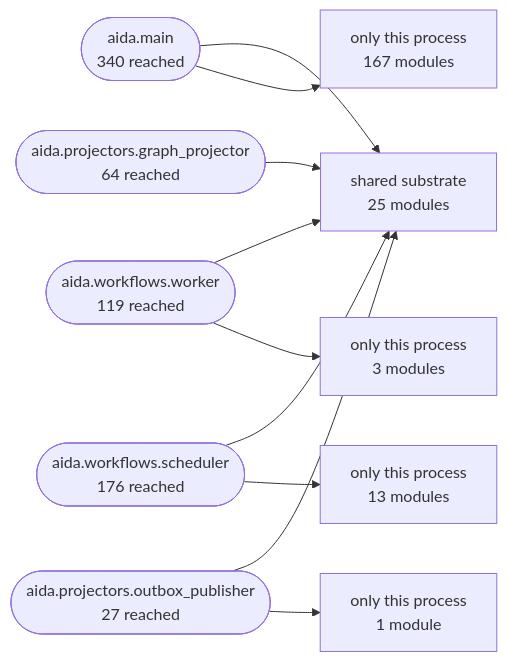
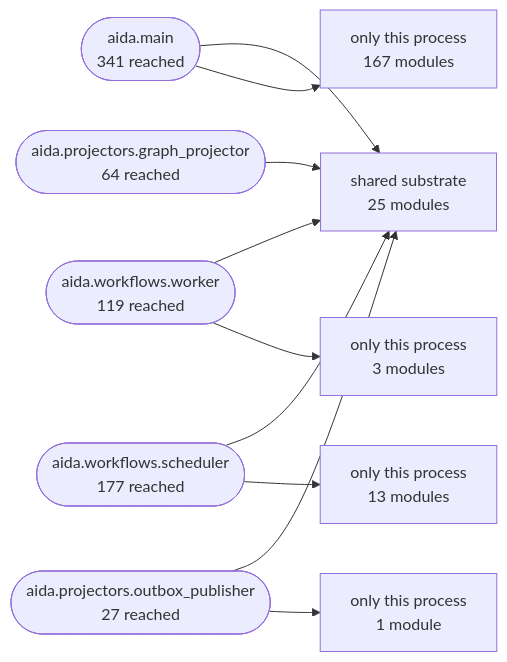
One commit to karuppusamym/AIDataAnalyst changed the second of 3 diagrams in Docs/10-architecture/14-generated-architecture-map.md. Above: the diagram before and after it, drawn with Mermaid. The commit also changed other lines of this file and 15 other files, not shown here.

````diff
--- a/Docs/10-architecture/14-generated-architecture-map.md
+++ b/Docs/10-architecture/14-generated-architecture-map.md
@@ -173,22 +173,22 @@
 ```mermaid
 graph LR
   shared["shared substrate<br/>25 modules"]
-  aida_main(["aida.main<br/>340 reached"])
+  aida_main(["aida.main<br/>341 reached"])
   aida_workflows_worker(["aida.workflows.worker<br/>119 reached"])
-  aida_workflows_scheduler(["aida.workflows.scheduler<br/>176 reached"])
+  aida_workflows_scheduler(["aida.workflows.scheduler<br/>177 reached"])
   aida_projectors_graph_projector(["aida.projectors.graph_projector<br/>64 reached"])
   aida_projectors_outbox_publisher(["aida.projectors.outbox_publisher<br/>27 reached"])
   aida_main --> shared
   only_aida_main["only this process<br/>167 modules"]
   aida_main --> only_aida_main
   aida_workflows_worker --> shared
   only_aida_workflows_worker["only this process<br/>3 modules"]
   aida_workflows_worker --> only_aida_workflows_worker
   aida_workflows_scheduler --> shared
   only_aida_workflows_scheduler["only this process<br/>13 modules"]
   aida_workflows_scheduler --> only_aida_workflows_scheduler
   aida_projectors_graph_projector --> shared
   aida_projectors_outbox_publisher --> shared
   only_aida_projectors_outbox_publisher["only this process<br/>1 module"]
   aida_projectors_outbox_publisher --> only_aida_projectors_outbox_publisher
 ```
````
